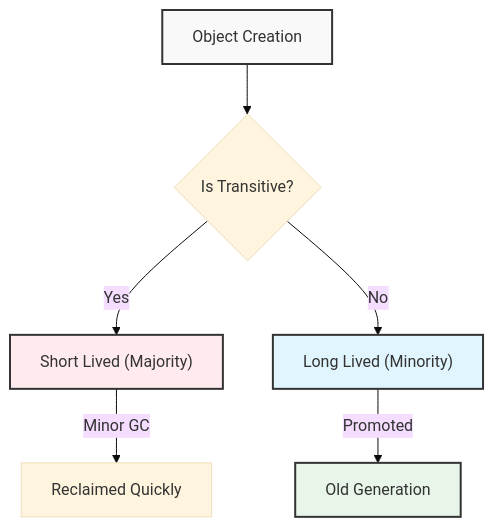
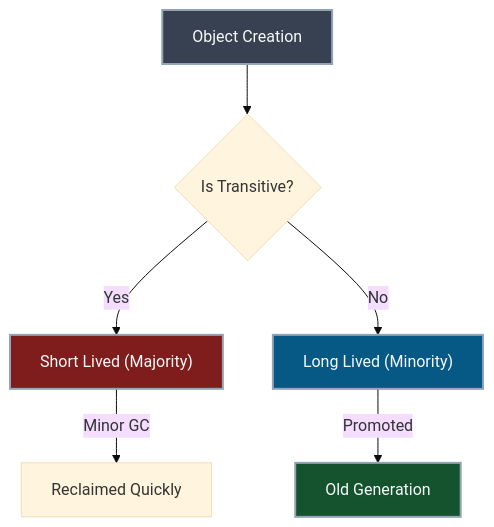
Before and after one commit to Kang-Hyesung/kang-hyesung.github.io: the first of 2 diagrams in _posts/java/08-gc/2026-01-17-세대별-컬렉션-이론.md, drawn with Mermaid (base theme). The commit also changed other lines of this file and 74 other files, not shown here.

Commit message:
docs: update post visibility and mermaid colors

````diff
--- a/_posts/java/08-gc/2026-01-17-세대별-컬렉션-이론.md
+++ b/_posts/java/08-gc/2026-01-17-세대별-컬렉션-이론.md
@@ -29,15 +29,15 @@
 ```mermaid
 graph TD
     A["Object Creation"] --> B{"Is Transitive?"}
     B -- Yes --> C["Short Lived (Majority)"]
     B -- No --> D["Long Lived (Minority)"]
     
     C -->|Minor GC| E["Reclaimed Quickly"]
     D -->|Promoted| F["Old Generation"]
 
-    style A fill:#f9f9f9,stroke:#333,stroke-width:2px
-    style C fill:#ffebee,stroke:#333,stroke-width:2px
-    style D fill:#e1f5fe,stroke:#333,stroke-width:2px
-    style F fill:#e8f5e9,stroke:#333,stroke-width:2px
+    style A fill:#374151,stroke:#94a3b8,stroke-width:2px,color:#f8fafc
+    style C fill:#7f1d1d,stroke:#94a3b8,stroke-width:2px,color:#f8fafc
+    style D fill:#075985,stroke:#94a3b8,stroke-width:2px,color:#f8fafc
+    style F fill:#14532d,stroke:#94a3b8,stroke-width:2px,color:#f8fafc
 
 ```
````
